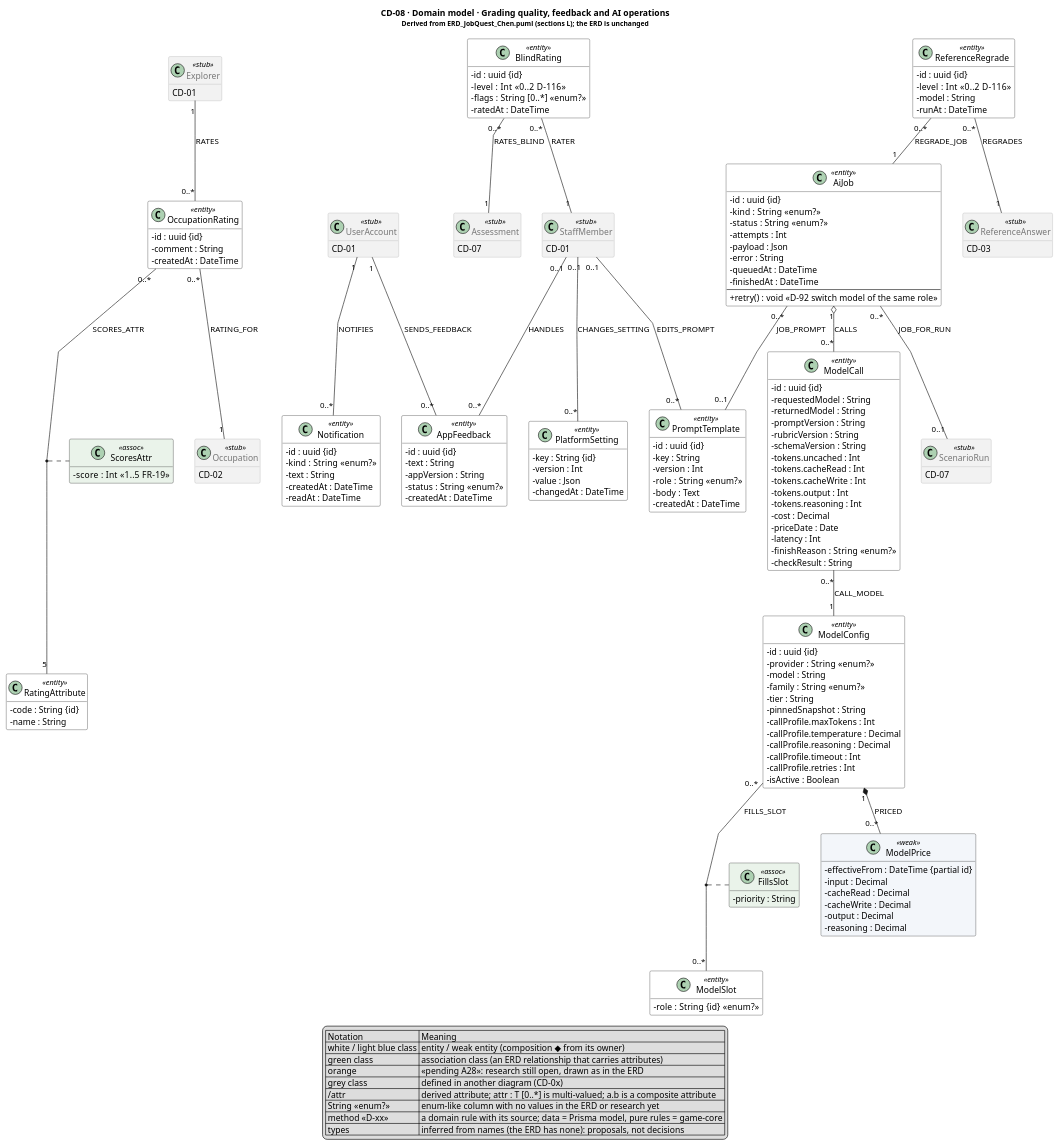
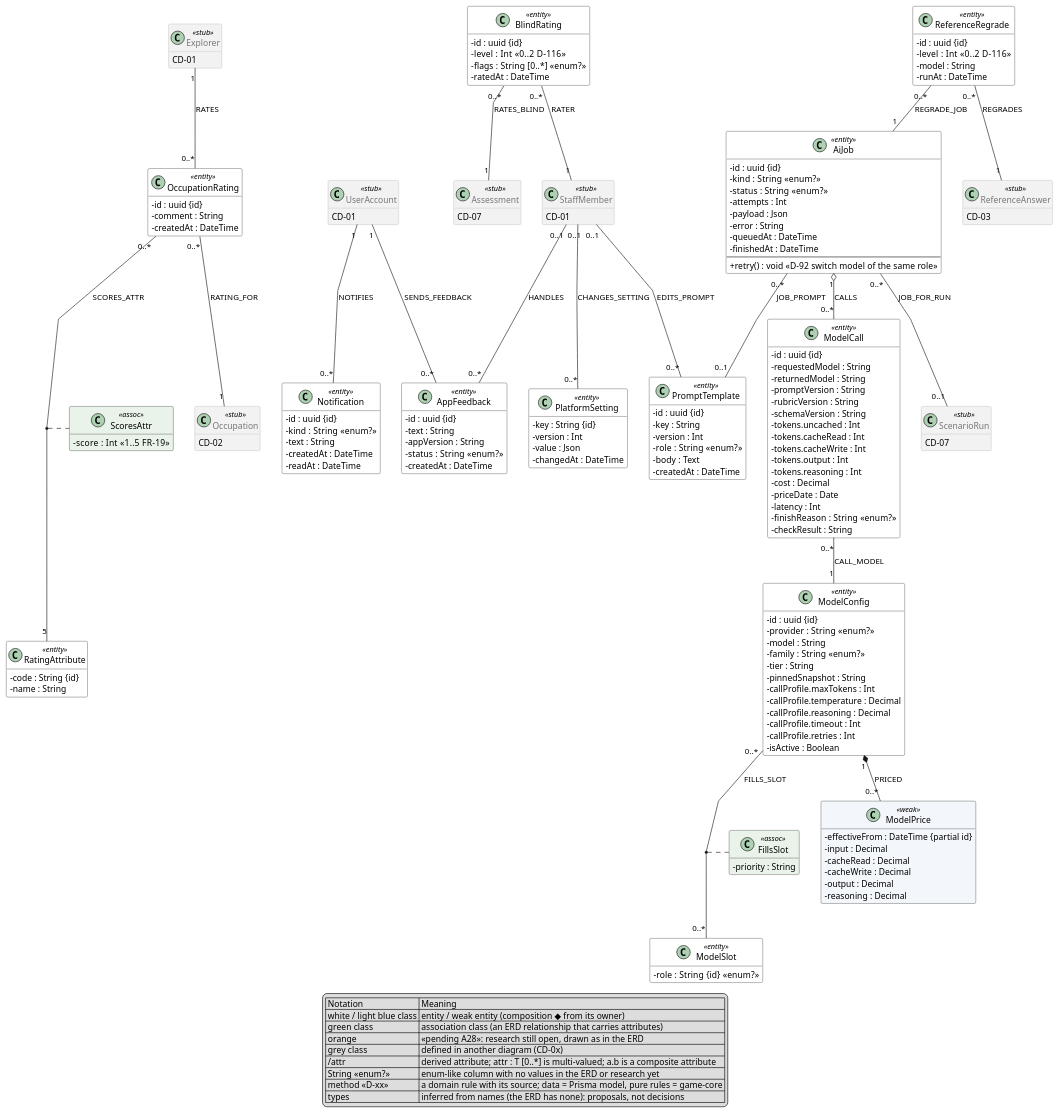
The diagram in reports/master/plantuml/class/domain/CD-08_QualityFeedbackAndAiOps.puml (The-Golden-Trio/Capstone-Project), drawn with PlantUML before and after one commit. The commit also changed 167 other files, not shown here.

```diff
--- a/reports/master/plantuml/class/domain/CD-08_QualityFeedbackAndAiOps.puml
+++ b/reports/master/plantuml/class/domain/CD-08_QualityFeedbackAndAiOps.puml
@@ -1,183 +1,182 @@
 @startuml CD-08_QualityFeedbackAndAiOps
-title CD-08 · Domain model · Grading quality, feedback and AI operations\n<size:11>Derived from ERD_JobQuest_Chen.puml (sections L); the ERD is unchanged</size>
 hide empty members
 skinparam classAttributeIconSize 0
 skinparam linetype polyline
 skinparam nodesep 35
 skinparam ranksep 55
 skinparam class {
   BackgroundColor<<entity>> #FFFFFF
   BackgroundColor<<weak>> #F3F6FA
   BackgroundColor<<assoc>> #EAF3EA
   BackgroundColor<<pending>> #FFE3C2
   BorderColor<<pending>> #E8710A
   BackgroundColor<<vang>> #FFF3C4
   BackgroundColor<<stub>> #F2F2F2
   BorderColor<<stub>> #AAAAAA
   FontColor<<stub>> #777777
 }
 
 class BlindRating <<entity>> {
   - id : uuid {id}
   - level : Int  «0..2  D-116»
   - flags : String [0..*]  «enum?»
   - ratedAt : DateTime
 }
 class ReferenceRegrade <<entity>> {
   - id : uuid {id}
   - level : Int  «0..2  D-116»
   - model : String
   - runAt : DateTime
 }
 class OccupationRating <<entity>> {
   - id : uuid {id}
   - comment : String
   - createdAt : DateTime
 }
 class RatingAttribute <<entity>> {
   - code : String {id}
   - name : String
 }
 class AppFeedback <<entity>> {
   - id : uuid {id}
   - text : String
   - appVersion : String
   - status : String  «enum?»
   - createdAt : DateTime
 }
 class PromptTemplate <<entity>> {
   - id : uuid {id}
   - key : String
   - version : Int
   - role : String  «enum?»
   - body : Text
   - createdAt : DateTime
 }
 class ModelConfig <<entity>> {
   - id : uuid {id}
   - provider : String  «enum?»
   - model : String
   - family : String  «enum?»
   - tier : String
   - pinnedSnapshot : String
   - callProfile.maxTokens : Int
   - callProfile.temperature : Decimal
   - callProfile.reasoning : Decimal
   - callProfile.timeout : Int
   - callProfile.retries : Int
   - isActive : Boolean
 }
 class ModelSlot <<entity>> {
   - role : String {id}  «enum?»
 }
 class ModelPrice <<weak>> {
   - effectiveFrom : DateTime {partial id}
   - input : Decimal
   - cacheRead : Decimal
   - cacheWrite : Decimal
   - output : Decimal
   - reasoning : Decimal
 }
 class AiJob <<entity>> {
   - id : uuid {id}
   - kind : String  «enum?»
   - status : String  «enum?»
   - attempts : Int
   - payload : Json
   - error : String
   - queuedAt : DateTime
   - finishedAt : DateTime
   --
   +retry() : void  «D-92 switch model of the same role»
 }
 class ModelCall <<entity>> {
   - id : uuid {id}
   - requestedModel : String
   - returnedModel : String
   - promptVersion : String
   - rubricVersion : String
   - schemaVersion : String
   - tokens.uncached : Int
   - tokens.cacheRead : Int
   - tokens.cacheWrite : Int
   - tokens.output : Int
   - tokens.reasoning : Int
   - cost : Decimal
   - priceDate : Date
   - latency : Int
   - finishReason : String  «enum?»
   - checkResult : String
 }
 class Notification <<entity>> {
   - id : uuid {id}
   - kind : String  «enum?»
   - text : String
   - createdAt : DateTime
   - readAt : DateTime
 }
 class PlatformSetting <<entity>> {
   - key : String {id}
   - version : Int
   - value : Json
   - changedAt : DateTime
 }
 class ScoresAttr <<assoc>> {
   - score : Int  «1..5  FR-19»
 }
 class FillsSlot <<assoc>> {
   - priority : String
 }
 class Assessment <<stub>> {
   CD-07
 }
 class Explorer <<stub>> {
   CD-01
 }
 class Occupation <<stub>> {
   CD-02
 }
 class ReferenceAnswer <<stub>> {
   CD-03
 }
 class ScenarioRun <<stub>> {
   CD-07
 }
 class StaffMember <<stub>> {
   CD-01
 }
 class UserAccount <<stub>> {
   CD-01
 }
 
 BlindRating "0..*" -- "1" Assessment : RATES_BLIND
 BlindRating "0..*" -- "1" StaffMember : RATER
 ReferenceRegrade "0..*" -- "1" ReferenceAnswer : REGRADES
 ReferenceRegrade "0..*" -- "1" AiJob : REGRADE_JOB
 Explorer "1" -- "0..*" OccupationRating : RATES
 OccupationRating "0..*" -- "1" Occupation : RATING_FOR
 OccupationRating "0..*" -- "5" RatingAttribute : SCORES_ATTR
 (OccupationRating, RatingAttribute) .. ScoresAttr
 UserAccount "1" -- "0..*" AppFeedback : SENDS_FEEDBACK
 StaffMember "0..1" -- "0..*" AppFeedback : HANDLES
 StaffMember "0..1" -- "0..*" PromptTemplate : EDITS_PROMPT
 ModelConfig "0..*" -- "0..*" ModelSlot : FILLS_SLOT
 (ModelConfig, ModelSlot) .. FillsSlot
 ModelConfig "1" *-- "0..*" ModelPrice : PRICED
 AiJob "0..*" -- "0..1" ScenarioRun : JOB_FOR_RUN
 AiJob "0..*" -- "0..1" PromptTemplate : JOB_PROMPT
 AiJob "1" o-- "0..*" ModelCall : CALLS
 ModelCall "0..*" -- "1" ModelConfig : CALL_MODEL
 UserAccount "1" -- "0..*" Notification : NOTIFIES
 StaffMember "0..1" -- "0..*" PlatformSetting : CHANGES_SETTING
 legend bottom
   | Notation | Meaning |
   | white / light blue class | entity / weak entity (composition ◆ from its owner) |
   | green class | association class (an ERD relationship that carries attributes) |
   | orange | «pending A28»: research still open, drawn as in the ERD |
   | grey class | defined in another diagram (CD-0x) |
   | /attr | derived attribute; attr : T [0..*] is multi-valued; a.b is a composite attribute |
   | String «enum?» | enum-like column with no values in the ERD or research yet |
   | method «D-xx» | a domain rule with its source; data = Prisma model, pure rules = game-core |
   | types | inferred from names (the ERD has none): proposals, not decisions |
 endlegend
 @enduml
```
